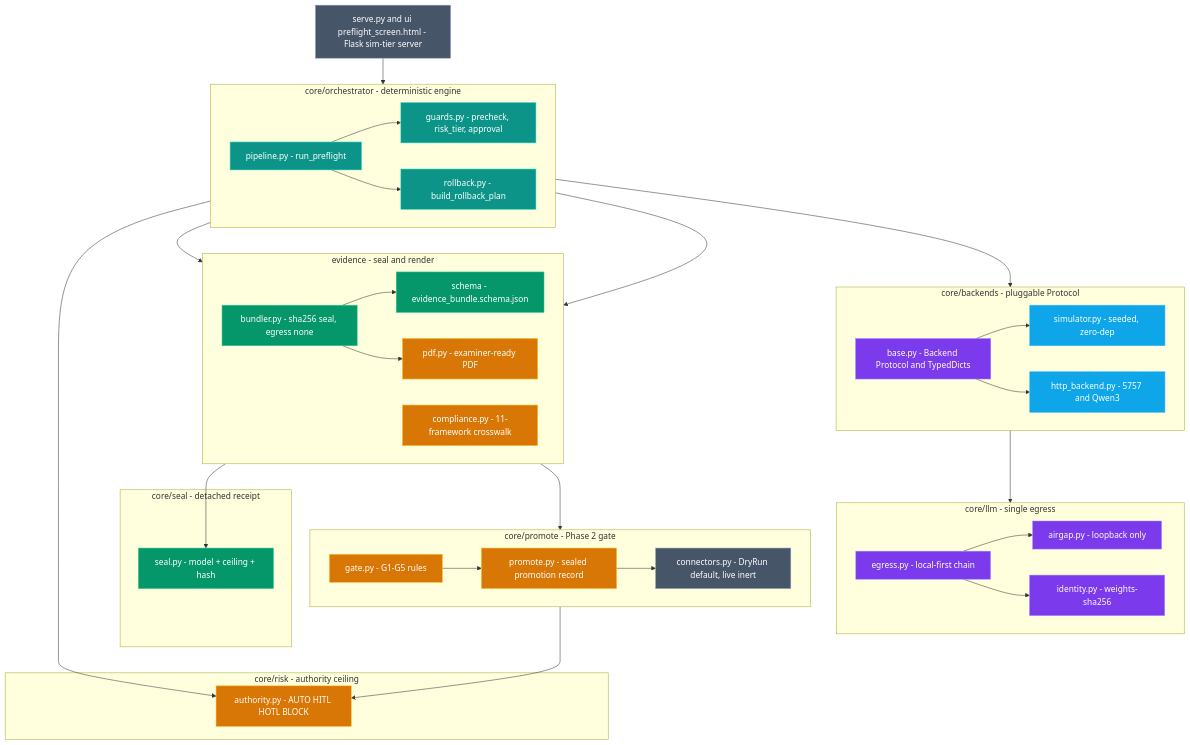
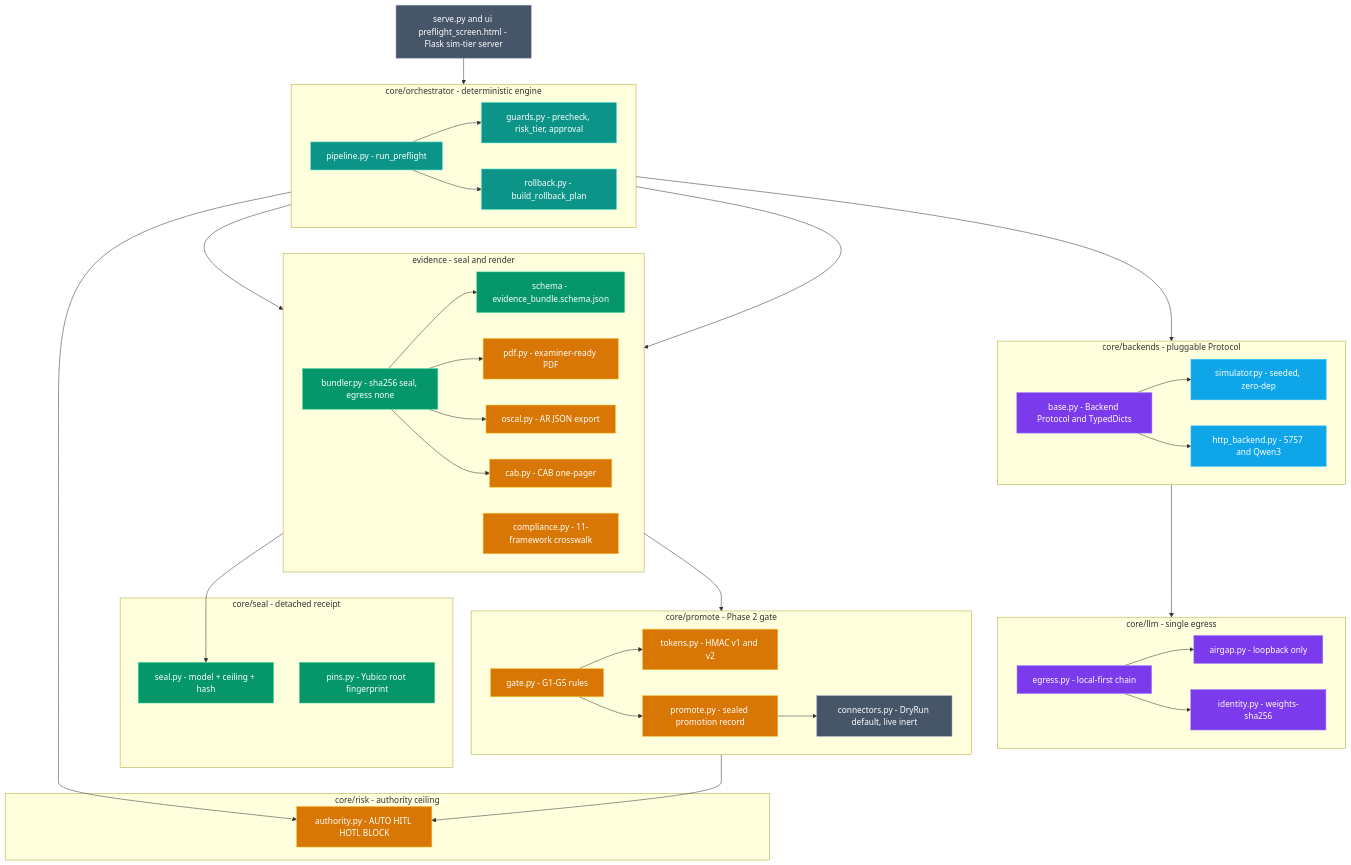
Before and after one commit to gesh75/aegis: the second of 6 diagrams in docs/ARCHITECTURE.md, drawn with Mermaid. The commit also changed other lines of this file and 8 other files, not shown here.

First line of the commit message:
docs: HMAC v2 promote runbook, OSCAL/CAB contract, PIV pin honesty

````diff
--- a/docs/ARCHITECTURE.md
+++ b/docs/ARCHITECTURE.md
@@ -92,75 +95,82 @@
 ```mermaid
 flowchart TB
     UI["serve.py and ui preflight_screen.html - Flask sim-tier server"]:::edge
 
     subgraph ORCH["core/orchestrator - deterministic engine"]
         direction LR
         PIPE["pipeline.py - run_preflight"]:::core
         GUARD["guards.py - precheck, risk_tier, approval"]:::core
         ROLL["rollback.py - build_rollback_plan"]:::core
     end
 
     subgraph BACK["core/backends - pluggable Protocol"]
         direction LR
         BASE["base.py - Backend Protocol and TypedDicts"]:::proto
         SIM["simulator.py - seeded, zero-dep"]:::svc
         HTTP["http_backend.py - 5757 and Qwen3"]:::svc
     end
 
     subgraph LLM["core/llm - single egress"]
         direction LR
         AIR["airgap.py - loopback only"]:::proto
         EGR["egress.py - local-first chain"]:::proto
         IDN["identity.py - weights-sha256"]:::proto
     end
 
     subgraph RISK["core/risk - authority ceiling"]
         AUTH["authority.py - AUTO HITL HOTL BLOCK"]:::accent
     end
 
     subgraph EVID["evidence - seal and render"]
         direction LR
         BUND["bundler.py - sha256 seal, egress none"]:::data
         COMP["compliance.py - 11-framework crosswalk"]:::accent
         PDF["pdf.py - examiner-ready PDF"]:::accent
+        OSCAL["oscal.py - AR JSON export"]:::accent
+        CAB["cab.py - CAB one-pager"]:::accent
         SCHEMA["schema - evidence_bundle.schema.json"]:::data
     end
 
     subgraph SEAL["core/seal - detached receipt"]
         RCPT["seal.py - model + ceiling + hash"]:::data
+        PINS["pins.py - Yubico root fingerprint"]:::data
     end
 
     subgraph PROM["core/promote - Phase 2 gate"]
         direction LR
         GATE["gate.py - G1-G5 rules"]:::accent
+        TOK["tokens.py - HMAC v1 and v2"]:::accent
         PROMO["promote.py - sealed promotion record"]:::accent
         CONN["connectors.py - DryRun default, live inert"]:::edge
     end
 
     UI --> PIPE
     PIPE --> GUARD
     PIPE --> BASE
     BASE --> SIM
     BASE --> HTTP
     HTTP --> EGR
     EGR --> AIR
     EGR --> IDN
     PIPE --> AUTH
     PIPE --> COMP
     PIPE --> ROLL
     PIPE --> BUND
     BUND --> SCHEMA
     BUND --> PDF
+    BUND --> OSCAL
+    BUND --> CAB
     BUND --> RCPT
     BUND --> GATE
     GATE --> AUTH
+    GATE --> TOK
     GATE --> PROMO
     PROMO --> CONN
 
     classDef edge fill:#475569,stroke:#94a3b8,color:#fff
     classDef core fill:#0d9488,stroke:#5eead4,color:#fff
     classDef proto fill:#7c3aed,stroke:#a78bfa,color:#fff
     classDef svc fill:#0ea5e9,stroke:#38bdf8,color:#fff
     classDef data fill:#059669,stroke:#34d399,color:#fff
     classDef accent fill:#d97706,stroke:#fbbf24,color:#fff
 ```
````
